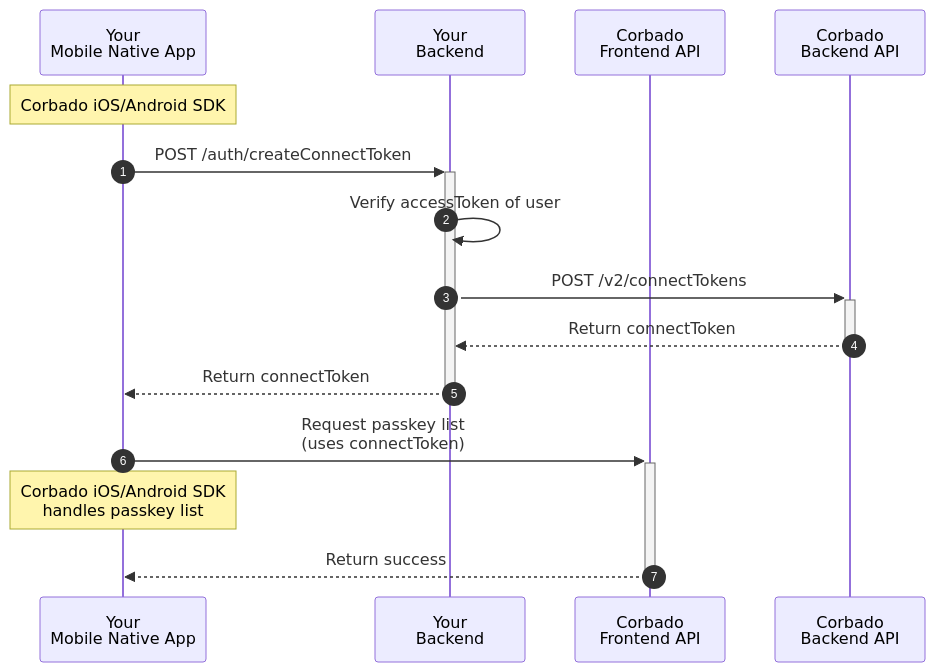
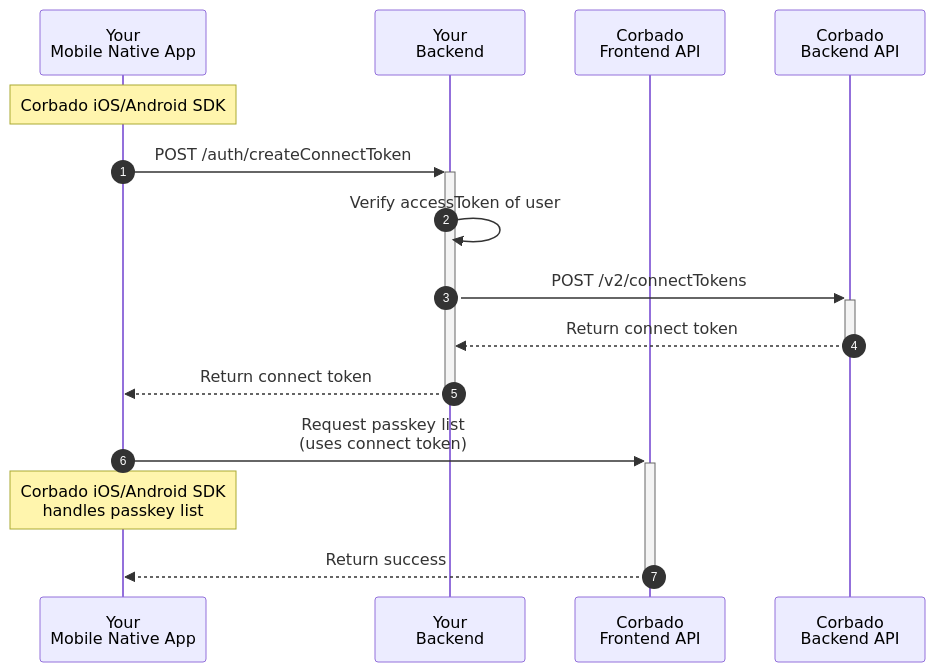
One commit to corbadotech/docs changed the third of 3 diagrams in corbado-connect/integration/generic/native-mobile.mdx. Above: the diagram before and after it, drawn with Mermaid. The commit also changed other lines of this file and 5 other files, not shown here.

Commit message:
Rename connectToken to connect token

````diff
--- a/corbado-connect/integration/generic/native-mobile.mdx
+++ b/corbado-connect/integration/generic/native-mobile.mdx
@@ -746,19 +746,19 @@
 ```mermaid
 sequenceDiagram
     autonumber
     participant App as Your<br/>Mobile Native App
     participant Backend as Your<br/>Backend
     participant FAPI as Corbado<br />Frontend API
     participant BAPI as Corbado<br />Backend API
 
     Note over App: Corbado iOS/Android SDK
     App->>+Backend: POST /auth/createConnectToken
     Backend->>Backend: Verify accessToken of user
     Backend->>+BAPI: POST /v2/connectTokens
-    BAPI-->>-Backend: Return connectToken
-    Backend-->>-App: Return connectToken
+    BAPI-->>-Backend: Return connect token
+    Backend-->>-App: Return connect token
 
-    App->>+FAPI: Request passkey list<br/>(uses connectToken)
+    App->>+FAPI: Request passkey list<br/>(uses connect token)
     Note over App: Corbado iOS/Android SDK<br />handles passkey list
     FAPI-->>-App: Return success
 ```
````
